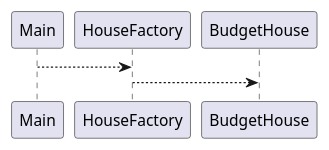
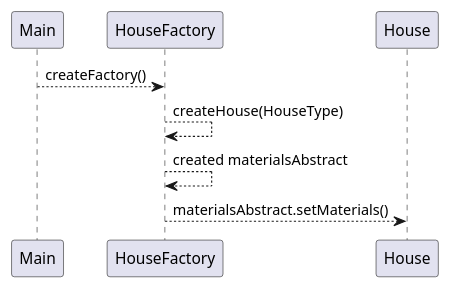
One commit to ktvcv/PracticeOfPatterns changed the diagram in src/dss/Houses/House/uml/sequence.puml. Above: the diagram before and after it, drawn with PlantUML. The commit also changed 11 other files, not shown here.

```diff
--- a/src/dss/Houses/House/uml/sequence.puml
+++ b/src/dss/Houses/House/uml/sequence.puml
@@ -1,5 +1,8 @@
 @startuml
-Main --> HouseFactory
-HouseFactory --> BudgetHouse
+Main --> HouseFactory: createFactory()
+HouseFactory --> HouseFactory: createHouse(HouseType)
+HouseFactory --> HouseFactory: created materialsAbstract
+HouseFactory --> House: materialsAbstract.setMaterials()
+
 
 @enduml
```
